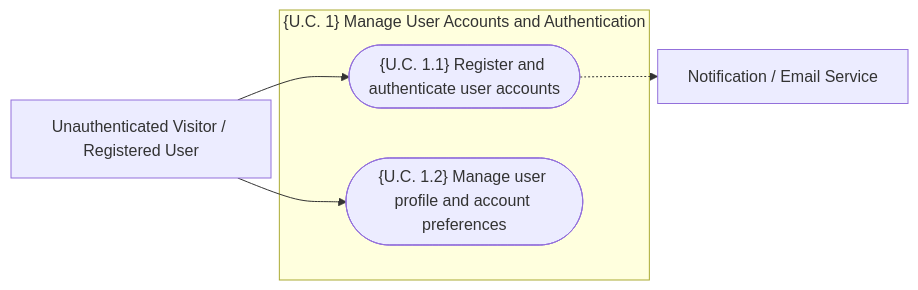
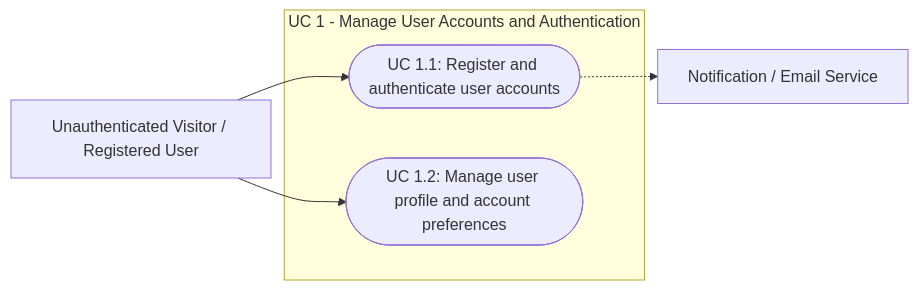
One commit to pauloribeiro16/aegis-mvp changed the second of 9 diagrams in cases/Case_01_TinyTask_SaaS/03_PHASE3_SPEC/Doc02_System_Use_Cases.md. Above: the diagram before and after it, drawn with Mermaid. The commit also changed other lines of this file and 1 other file, not shown here.

Commit message:
fix(phase3): remove sequence diagrams and use clean error-free UML Use Case diagrams in Doc02

````diff
--- a/cases/Case_01_TinyTask_SaaS/03_PHASE3_SPEC/Doc02_System_Use_Cases.md
+++ b/cases/Case_01_TinyTask_SaaS/03_PHASE3_SPEC/Doc02_System_Use_Cases.md
@@ -191,14 +190,14 @@
 ```mermaid
 flowchart LR
     Visitor["Unauthenticated Visitor / Registered User"]
     Email["Notification / Email Service"]
     
-    subgraph UC1_Cluster["{U.C. 1} Manage User Accounts and Authentication"]
-        UC1_1(["{U.C. 1.1} Register and authenticate user accounts"])
-        UC1_2(["{U.C. 1.2} Manage user profile and account preferences"])
+    subgraph UC1_Cluster ["UC 1 - Manage User Accounts and Authentication"]
+        UC1_1(["UC 1.1: Register and authenticate user accounts"])
+        UC1_2(["UC 1.2: Manage user profile and account preferences"])
     end
 
     Visitor --> UC1_1
     Visitor --> UC1_2
     UC1_1 -.-> Email
 ```
````
